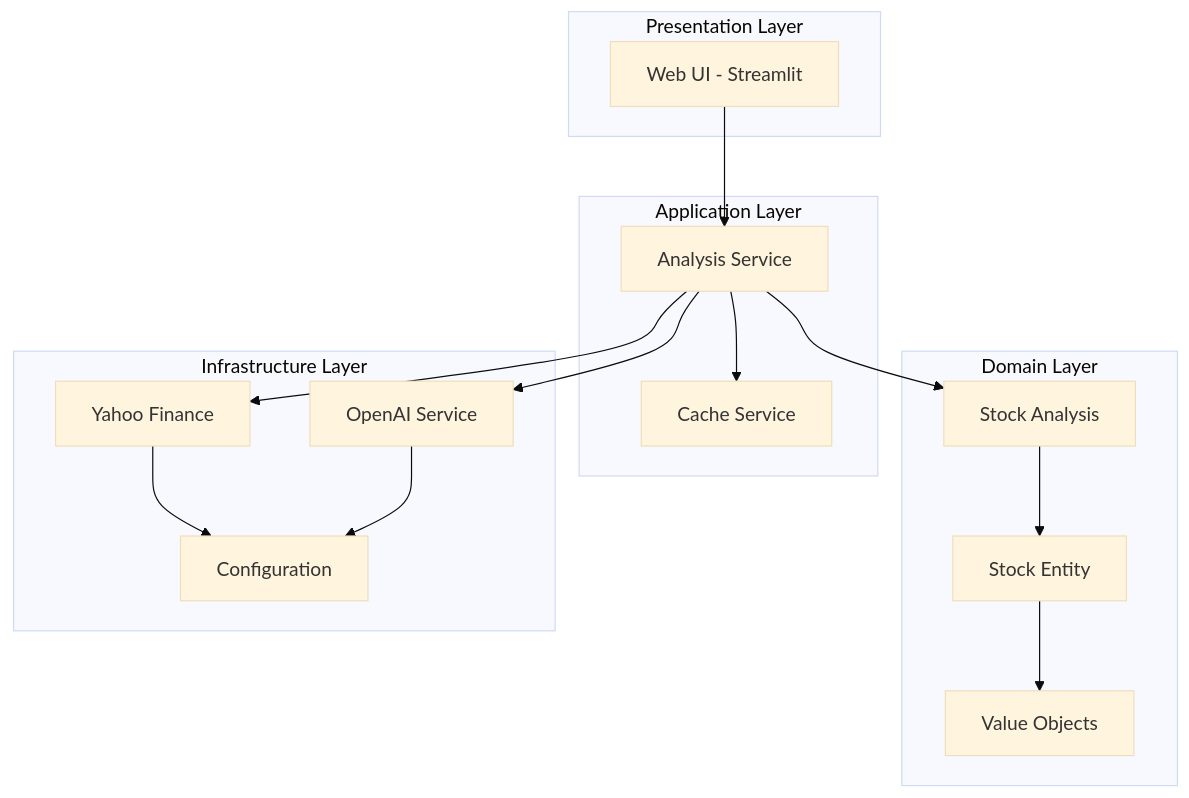
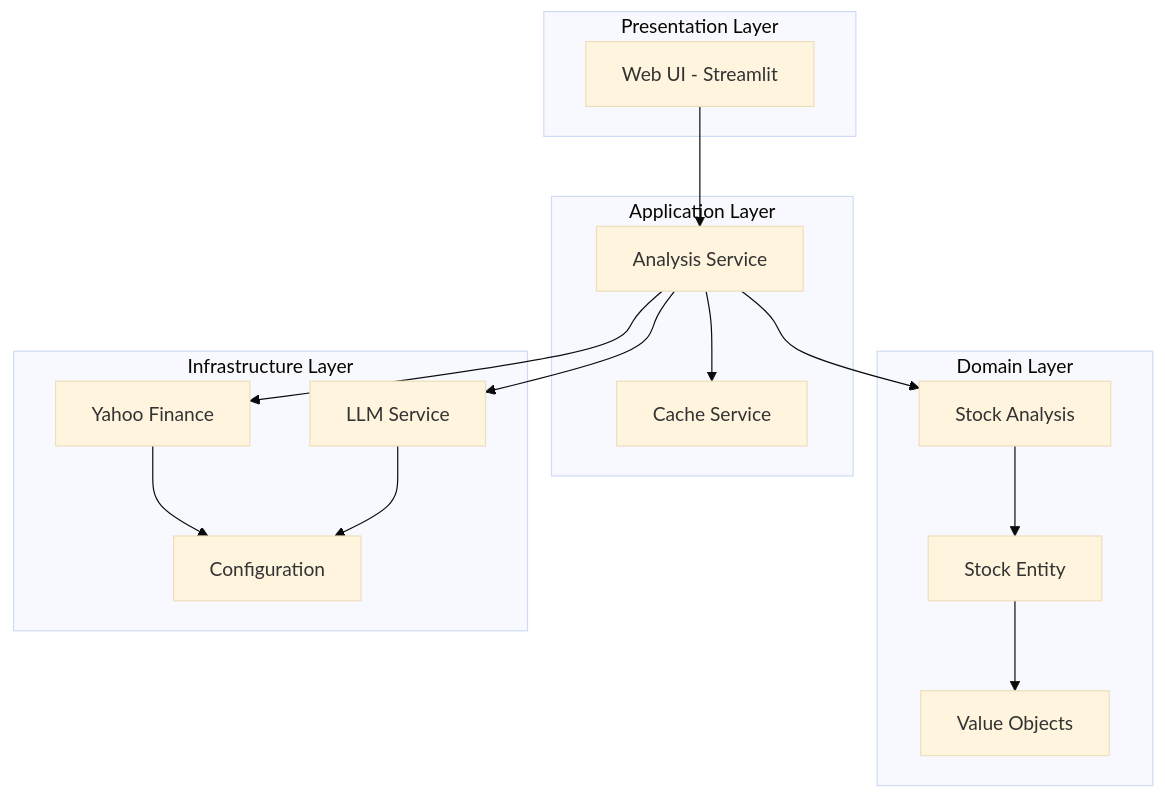
Before and after one commit to ivan199701/Stock-Analysis-Dashboard-with-LLM: the first of 3 diagrams in system_design.md, drawn with Mermaid (base theme). The commit also changed other lines of this file, not shown here.

````diff
--- a/system_design.md
+++ b/system_design.md
@@ -10,33 +10,33 @@
 ```mermaid
 graph TD
     subgraph "Presentation Layer"
         UI[Web UI - Streamlit]
     end
 
     subgraph "Application Layer"
         AS[Analysis Service]
         CS[Cache Service]
     end
 
     subgraph "Domain Layer"
         SA[Stock Analysis]
         SE[Stock Entity]
         VO[Value Objects]
     end
 
     subgraph "Infrastructure Layer"
         YF[Yahoo Finance]
-        OAI[OpenAI Service]
+        OAI[LLM Service]
         Config[Configuration]
     end
 
     UI --> AS
     AS --> SA
     AS --> CS
     SA --> SE
     SE --> VO
     AS --> YF
     AS --> OAI
     YF --> Config
     OAI --> Config
 ```
````
